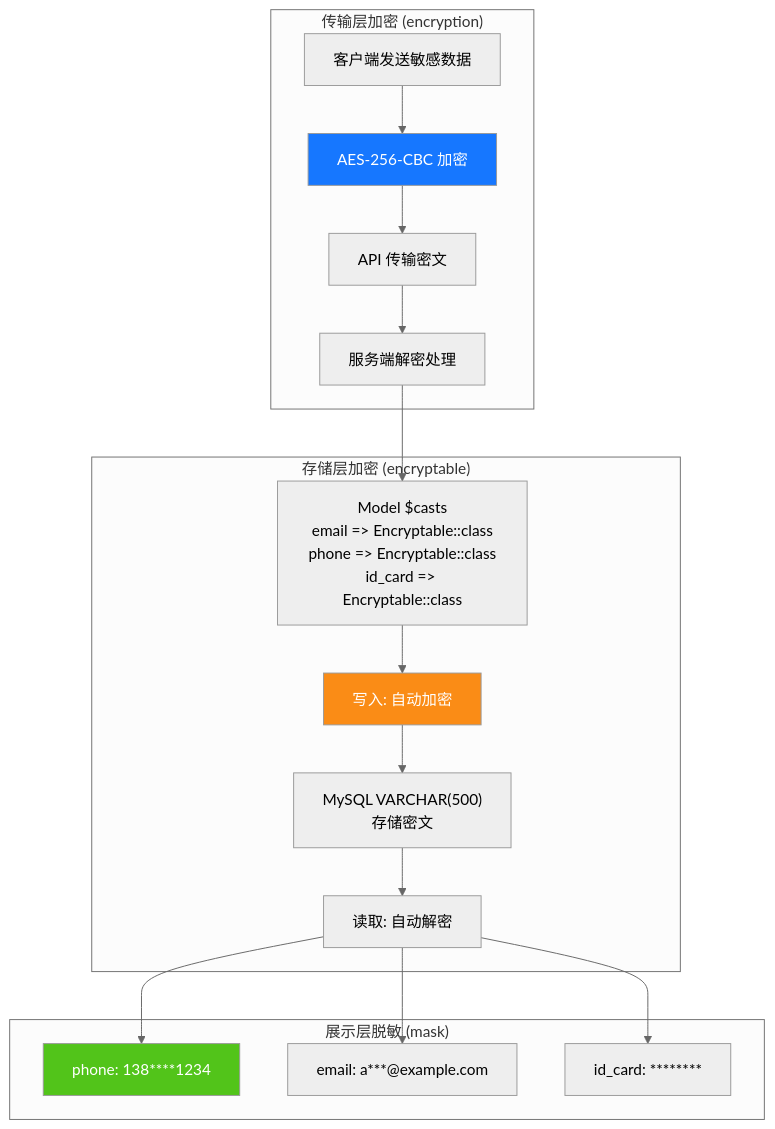
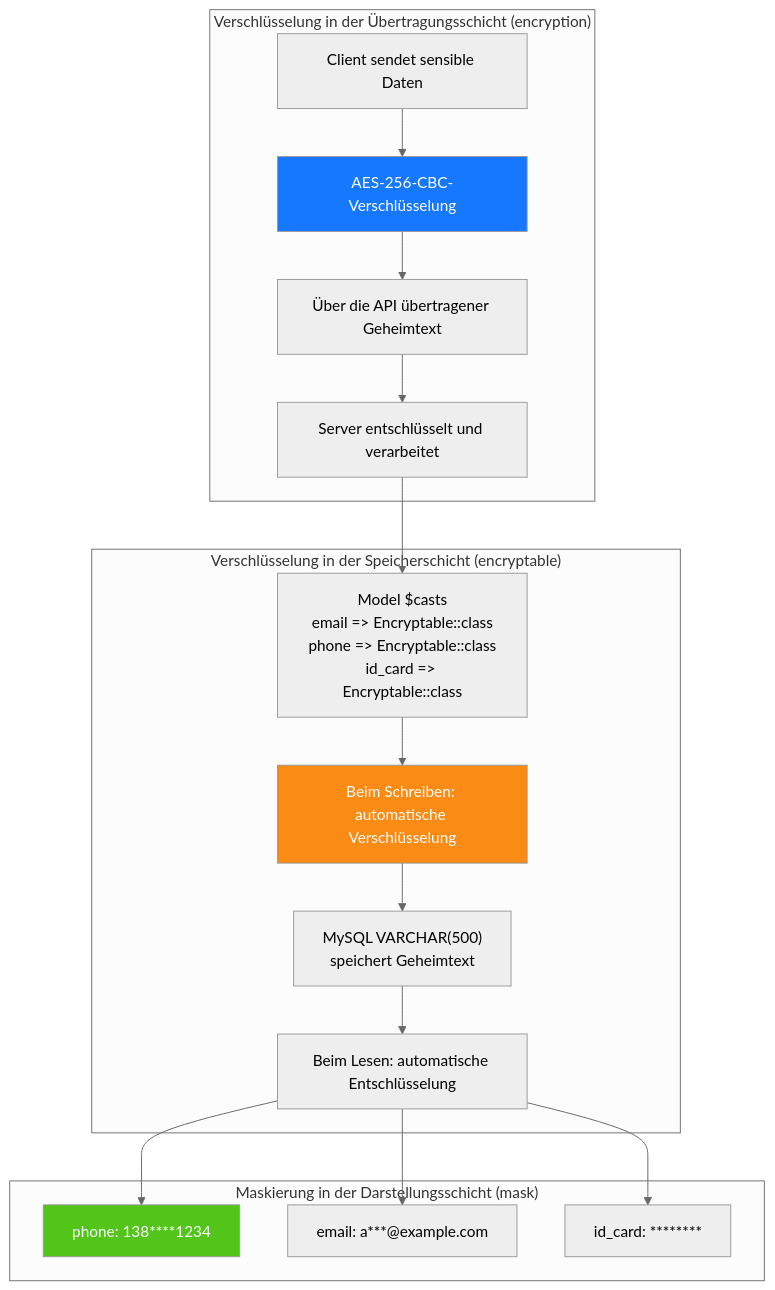
One commit to erikwang2013/game-platform-php changed the eighth of 14 diagrams in admin/docs/ARCHITECTURE.de.md. Above: the diagram before and after it, drawn with Mermaid (neutral theme). The commit also changed other lines of this file and 211 other files, not shown here.

First line of the commit message:
fix: 支付配置读回类型根治、提现事件对账巡检，12 语族 mermaid 与 API 标签本地化

````diff
--- a/admin/docs/ARCHITECTURE.de.md
+++ b/admin/docs/ARCHITECTURE.de.md
@@ -397,31 +397,31 @@
 ```mermaid
 flowchart TB
-    subgraph "传输层加密 (encryption)"
-        E1["客户端发送敏感数据"]
-        E2["AES-256-CBC 加密"]
-        E3["API 传输密文"]
-        E4["服务端解密处理"]
+    subgraph "Verschlüsselung in der Übertragungsschicht (encryption)"
+        E1["Client sendet sensible Daten"]
+        E2["AES-256-CBC-Verschlüsselung"]
+        E3["Über die API übertragener Geheimtext"]
+        E4["Server entschlüsselt und verarbeitet"]
         E1 --> E2 --> E3 --> E4
     end
 
-    subgraph "存储层加密 (encryptable)"
+    subgraph "Verschlüsselung in der Speicherschicht (encryptable)"
         D1["Model $casts<br/>email => Encryptable::class<br/>phone => Encryptable::class<br/>id_card => Encryptable::class"]
-        D2["写入: 自动加密"]
-        D3["MySQL VARCHAR(500)<br/>存储密文"]
-        D4["读取: 自动解密"]
+        D2["Beim Schreiben: automatische Verschlüsselung"]
+        D3["MySQL VARCHAR(500)<br/>speichert Geheimtext"]
+        D4["Beim Lesen: automatische Entschlüsselung"]
         D1 --> D2 --> D3 --> D4
     end
 
-    subgraph "展示层脱敏 (mask)"
+    subgraph "Maskierung in der Darstellungsschicht (mask)"
         M1["phone: 138****1234"]
         M2["email: a***@example.com"]
         M3["id_card: ********"]
         D4 --> M1 & M2 & M3
     end
 
     E4 --> D1
 
     style E2 fill:#1677FF,color:#fff
     style D2 fill:#FA8C16,color:#fff
     style M1 fill:#52C41A,color:#fff
 ```
````
